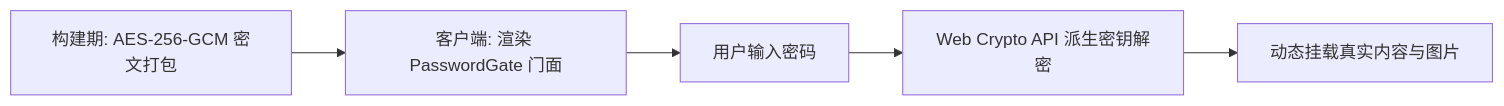
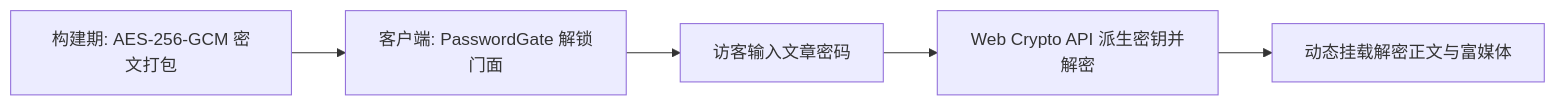
One commit to LyraVoid/Shirone-Docs changed the diagram in docs/guide/api/components/organisms/README.md. Above: the diagram before and after it, drawn with Mermaid. The commit also changed 7 other files, not shown here.

````diff
--- a/docs/guide/api/components/organisms/README.md
+++ b/docs/guide/api/components/organisms/README.md
@@ -141,7 +141,7 @@
 ```mermaid
-graph LR
-    A[构建期: AES-256-GCM 密文打包] --> B[客户端: 渲染 PasswordGate 门面]
-    B --> C[用户输入密码]
-    C --> D[Web Crypto API 派生密钥解密]
-    D --> E[动态挂载真实内容与图片]
+flowchart LR
+    A["构建期: AES-256-GCM 密文打包"] --> B["客户端: PasswordGate 解锁门面"]
+    B --> C["访客输入文章密码"]
+    C --> D["Web Crypto API 派生密钥并解密"]
+    D --> E["动态挂载解密正文与富媒体"]
 ```
````
